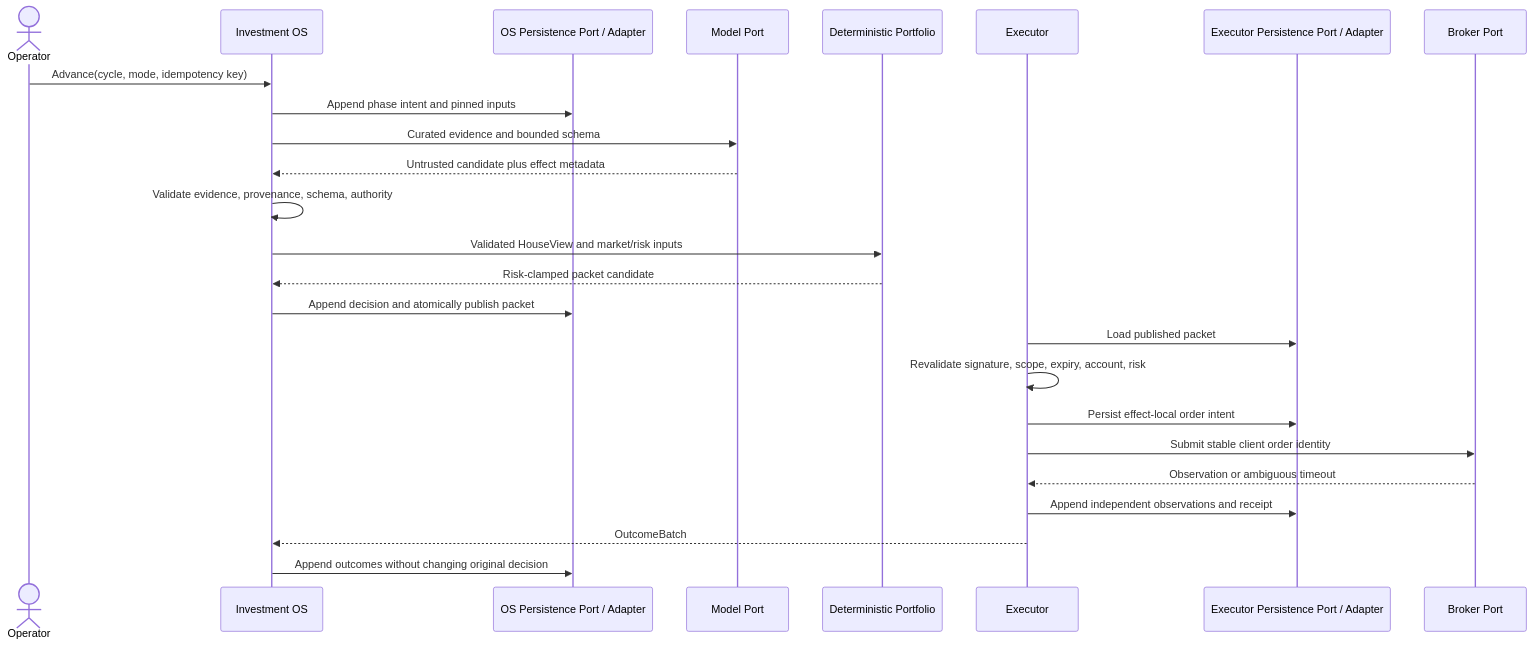
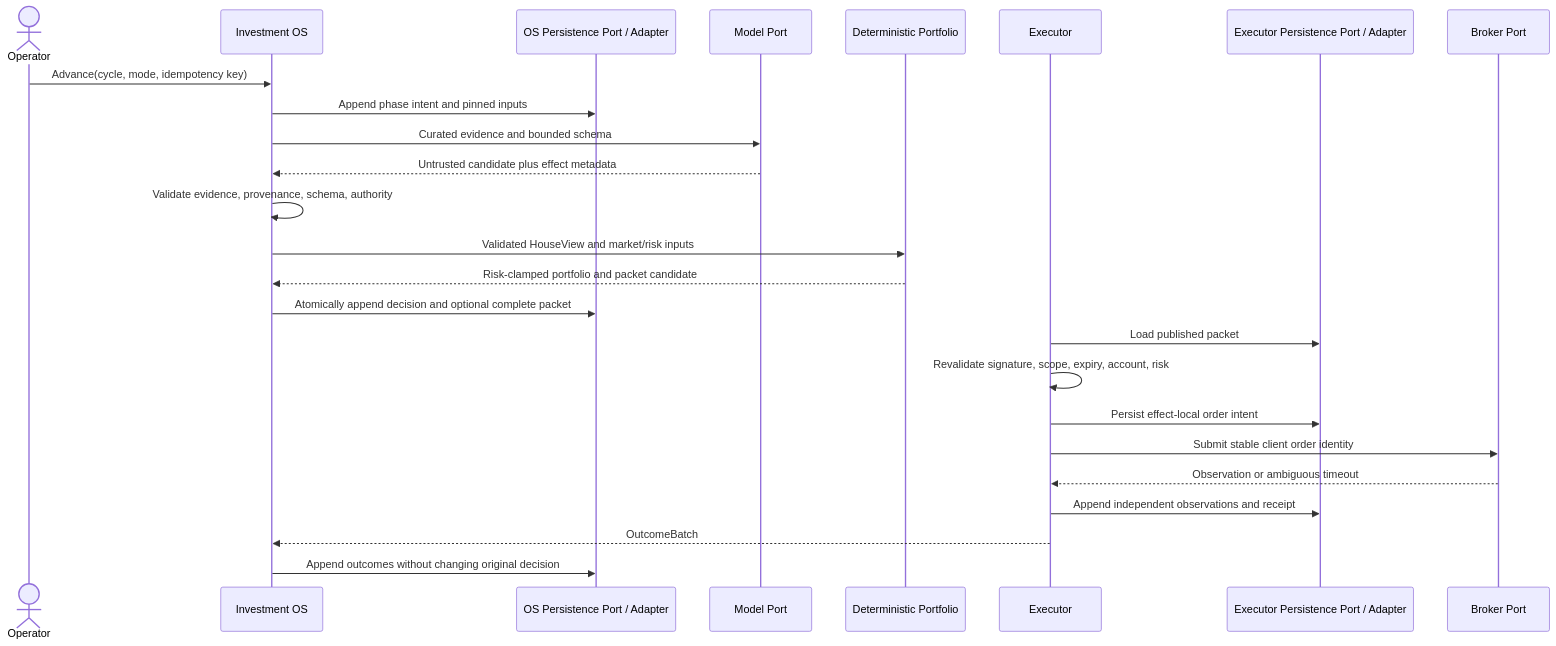
One commit to investlink-ai/agentic_investment_os changed the second of 3 diagrams in docs/architecture.md. Above: the diagram before and after it, drawn with Mermaid. The commit also changed other lines of this file and 42 other files, not shown here.

Commit message:
feat(portfolio): publish immutable balanced decision packets

````diff
--- a/docs/architecture.md
+++ b/docs/architecture.md
@@ -132,28 +132,28 @@
 ```mermaid
 sequenceDiagram
     actor Operator
     participant OS as Investment OS
     participant OSStore as OS Persistence Port / Adapter
     participant Model as Model Port
     participant Risk as Deterministic Portfolio
     participant Executor
     participant ExStore as Executor Persistence Port / Adapter
     participant Broker as Broker Port
 
     Operator->>OS: Advance(cycle, mode, idempotency key)
     OS->>OSStore: Append phase intent and pinned inputs
     OS->>Model: Curated evidence and bounded schema
     Model-->>OS: Untrusted candidate plus effect metadata
     OS->>OS: Validate evidence, provenance, schema, authority
     OS->>Risk: Validated HouseView and market/risk inputs
-    Risk-->>OS: Risk-clamped packet candidate
-    OS->>OSStore: Append decision and atomically publish packet
+    Risk-->>OS: Risk-clamped portfolio and packet candidate
+    OS->>OSStore: Atomically append decision and optional complete packet
     Executor->>ExStore: Load published packet
     Executor->>Executor: Revalidate signature, scope, expiry, account, risk
     Executor->>ExStore: Persist effect-local order intent
     Executor->>Broker: Submit stable client order identity
     Broker-->>Executor: Observation or ambiguous timeout
     Executor->>ExStore: Append independent observations and receipt
     Executor-->>OS: OutcomeBatch
     OS->>OSStore: Append outcomes without changing original decision
 ```
````
